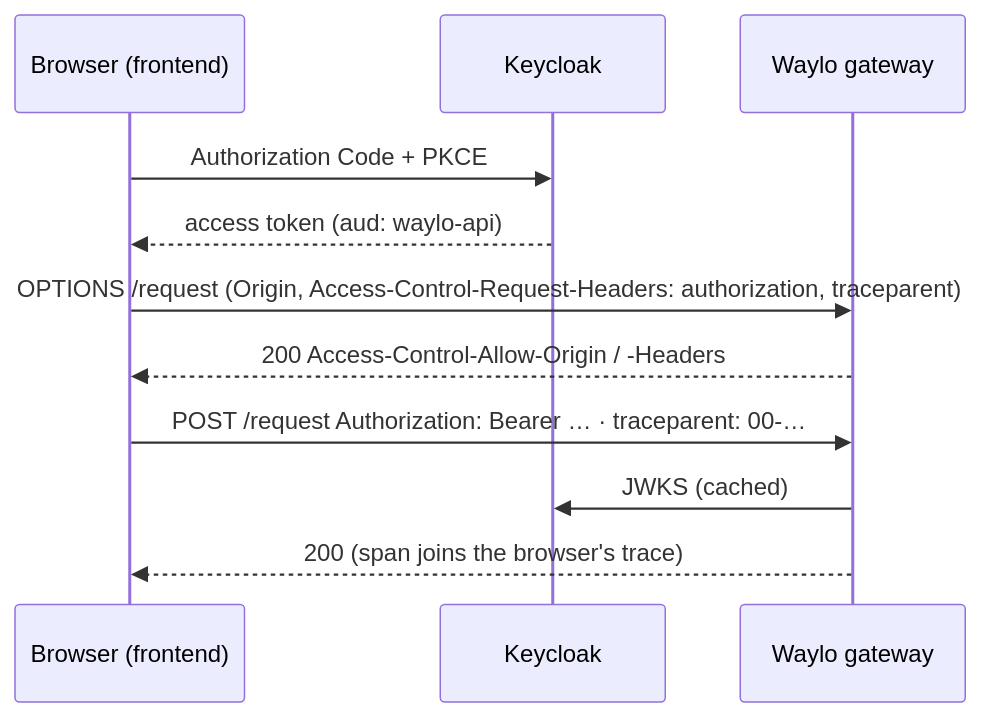
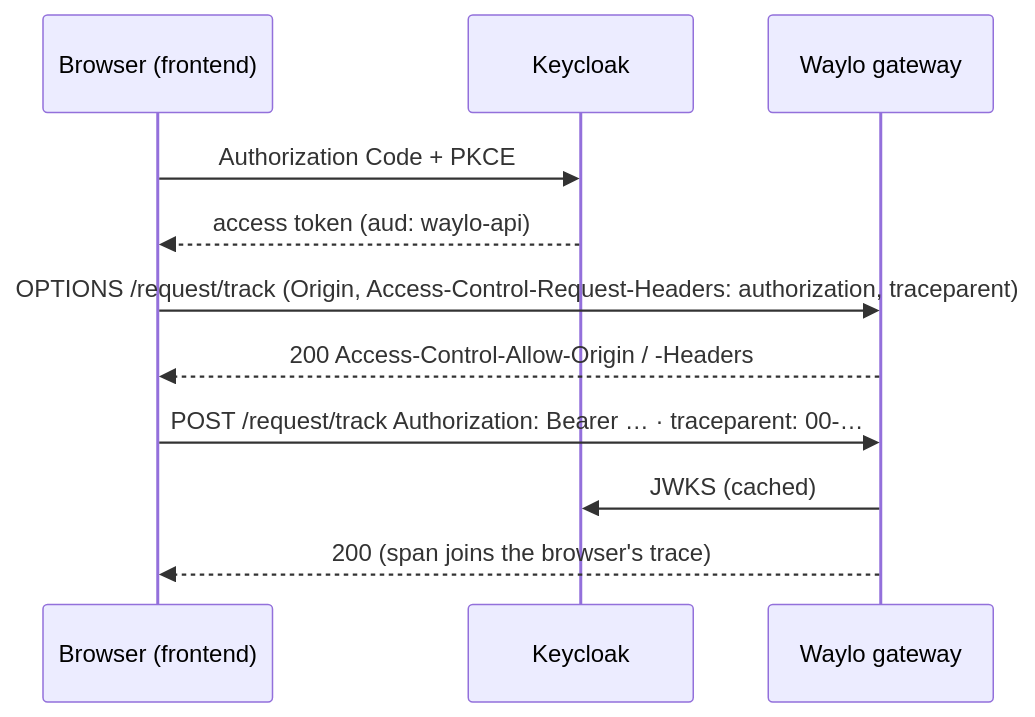
Before and after one commit to ndgynxjnsn-alt/waylo: the tenth of 12 diagrams in README.md, drawn with Mermaid. The commit also changed other lines of this file and 14 other files, not shown here.

````diff
--- a/README.md
+++ b/README.md
@@ -282,13 +285,13 @@
 ```mermaid
 sequenceDiagram
     participant B as Browser (frontend)
     participant K as Keycloak
     participant G as Waylo gateway
     B->>K: Authorization Code + PKCE
     K-->>B: access token (aud: waylo-api)
-    B->>G: OPTIONS /request (Origin, Access-Control-Request-Headers: authorization, traceparent)
+    B->>G: OPTIONS /request/track (Origin, Access-Control-Request-Headers: authorization, traceparent)
     G-->>B: 200 Access-Control-Allow-Origin / -Headers
-    B->>G: POST /request  Authorization: Bearer … · traceparent: 00-…
+    B->>G: POST /request/track  Authorization: Bearer … · traceparent: 00-…
     G->>K: JWKS (cached)
     G-->>B: 200 (span joins the browser's trace)
 ```
````
